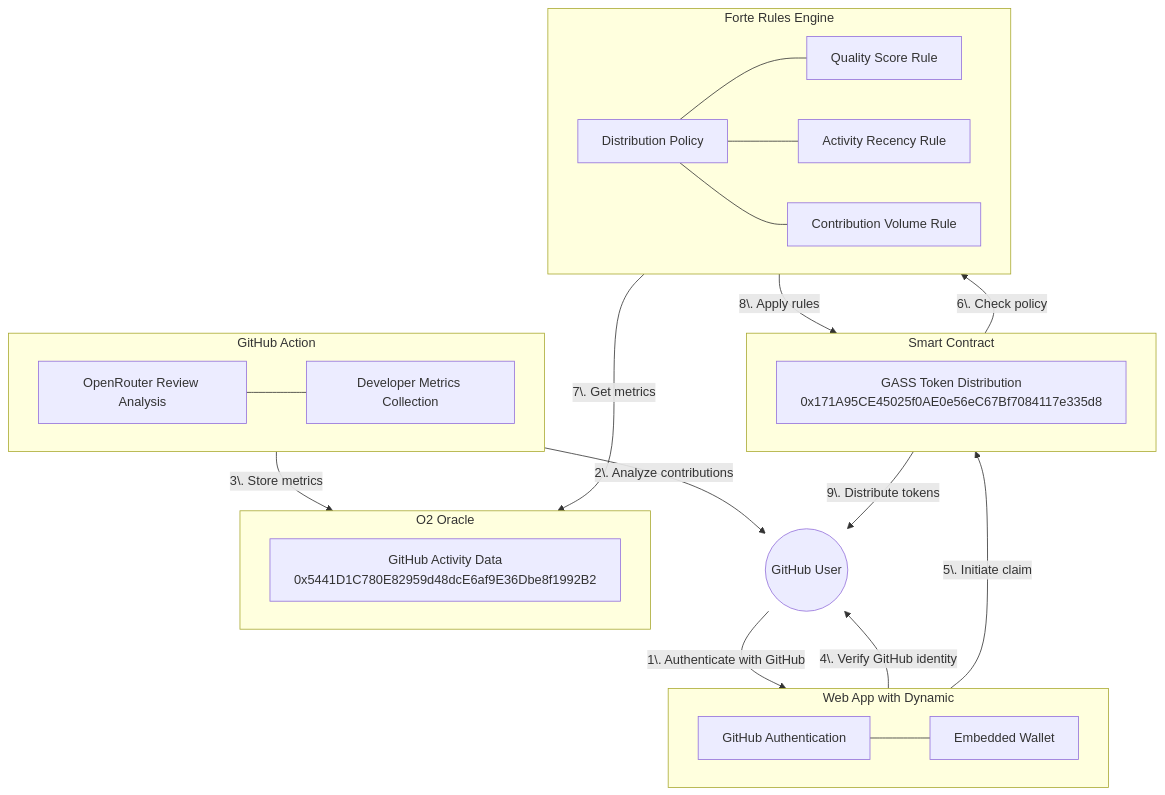
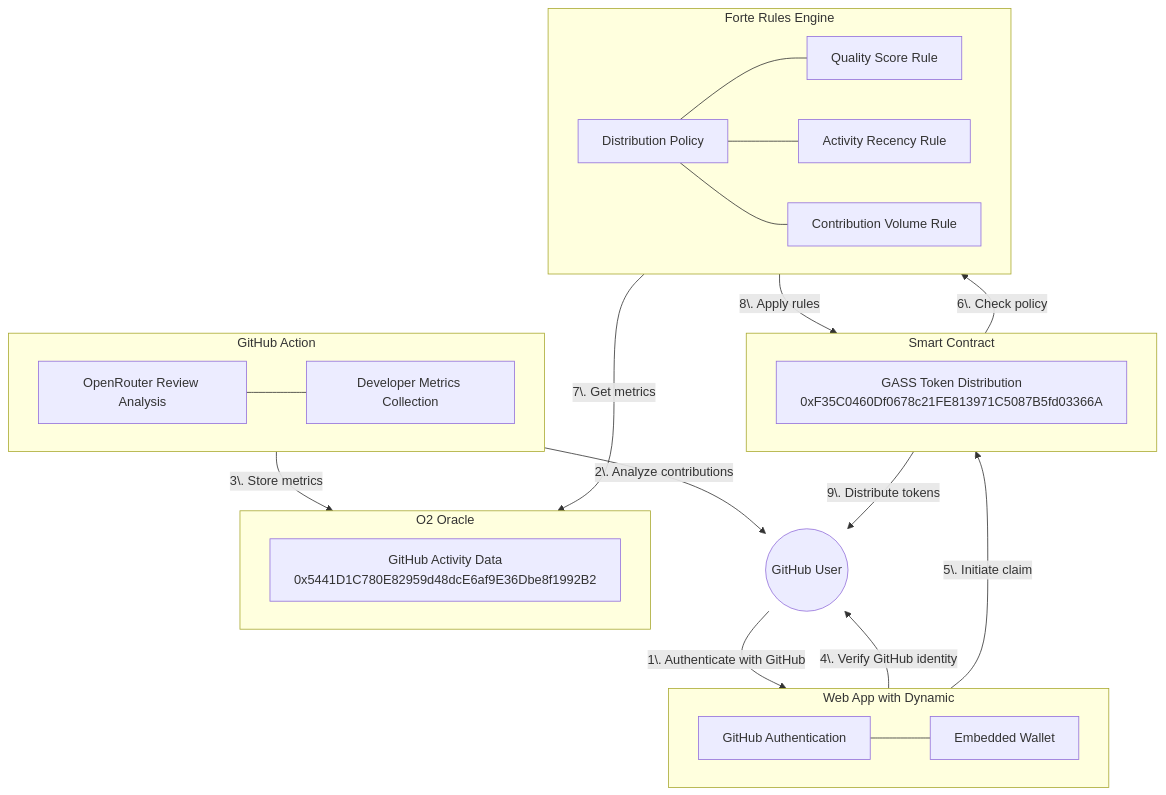
The diagram in README.md (benichmt1/gass), drawn with Mermaid before and after one commit. The commit also changed other lines of this file and 2 other files, not shown here.

````diff
--- a/README.md
+++ b/README.md
@@ -32,53 +32,53 @@
 ```mermaid
 flowchart TD
     %% GitHub User
     User((GitHub User))
 
     %% Web App with Dynamic
     subgraph WebApp["Web App with Dynamic"]
         DynamicAuth["GitHub Authentication"]
         WalletIntegration["Embedded Wallet"]
     end
 
     %% GitHub Action
     subgraph GitHubAction["GitHub Action"]
         OpenRouter["OpenRouter Review Analysis"]
         MetricsCollection["Developer Metrics Collection"]
     end
 
     %% GASS Contract
     subgraph GASS["Smart Contract"]
-        GASSContract["GASS Token Distribution<br/>0x171A95CE45025f0AE0e56eC67Bf7084117e335d8"]
+        GASSContract["GASS Token Distribution<br/>0xF35C0460Df0678c21FE813971C5087B5fd03366A"]
     end
 
     %% Forte Rules Engine
     subgraph FRE["Forte Rules Engine"]
         Policy["Distribution Policy"]
         Rule1["Quality Score Rule"]
         Rule2["Activity Recency Rule"]
         Rule3["Contribution Volume Rule"]
     end
 
     %% O2 Oracle
     subgraph Oracle["O2 Oracle"]
         O2Contract["GitHub Activity Data<br/>0x5441D1C780E82959d48dcE6af9E36Dbe8f1992B2"]
     end
 
     %% Connections and Flow
     User -->|"1\. Authenticate with GitHub"| WebApp
     GitHubAction -->|"2\. Analyze contributions"| User
     GitHubAction -->|"3\. Store metrics"| Oracle
     WebApp -->|"4\. Verify GitHub identity"| User
     WebApp -->|"5\. Initiate claim"| GASS
     GASS -->|"6\. Check policy"| FRE
     FRE -->|"7\. Get metrics"| Oracle
     FRE -->|"8\. Apply rules"| GASS
     GASS -->|"9\. Distribute tokens"| User
 
     %% Internal connections
     Policy --- Rule1
     Policy --- Rule2
     Policy --- Rule3
     DynamicAuth --- WalletIntegration
     OpenRouter --- MetricsCollection
 ```
````
